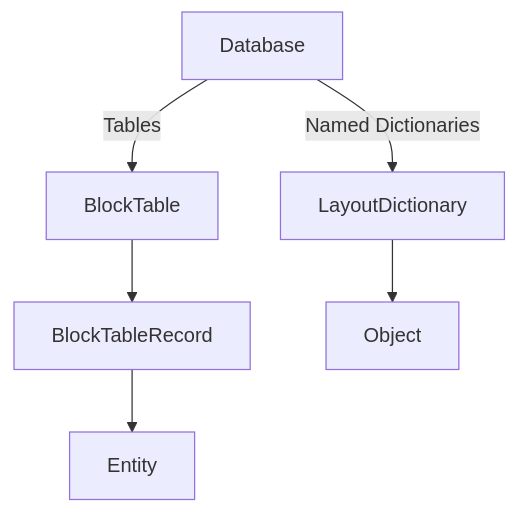
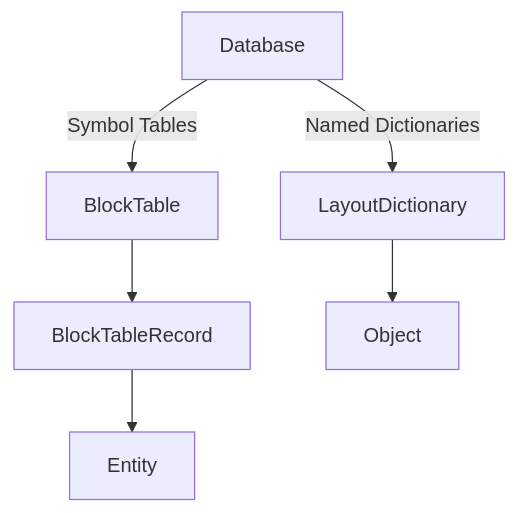
The fourth of 4 diagrams in Autocad/Doc/AutoCAD Object Model.md (NodesAutomations/CSharp), drawn with Mermaid before and after one commit. The commit also changed other lines of this file, not shown here.

````diff
--- a/Autocad/Doc/AutoCAD Object Model.md
+++ b/Autocad/Doc/AutoCAD Object Model.md
@@ -41,8 +41,8 @@
 ```mermaid
 graph TD
-Database-->|Tables|BlockTable
+Database-->|Symbol Tables|BlockTable
 BlockTable-->BlockTableRecord
 BlockTableRecord-->Entity
 Database-->|Named Dictionaries|LayoutDictionary
 LayoutDictionary-->Object
 ```
````
